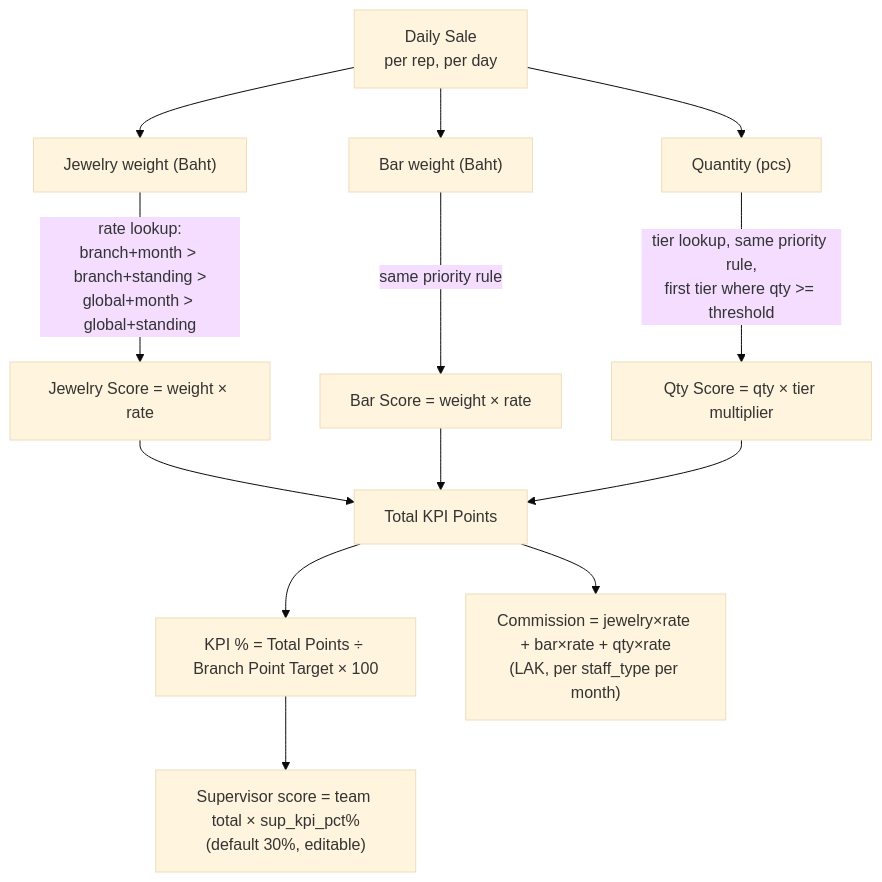
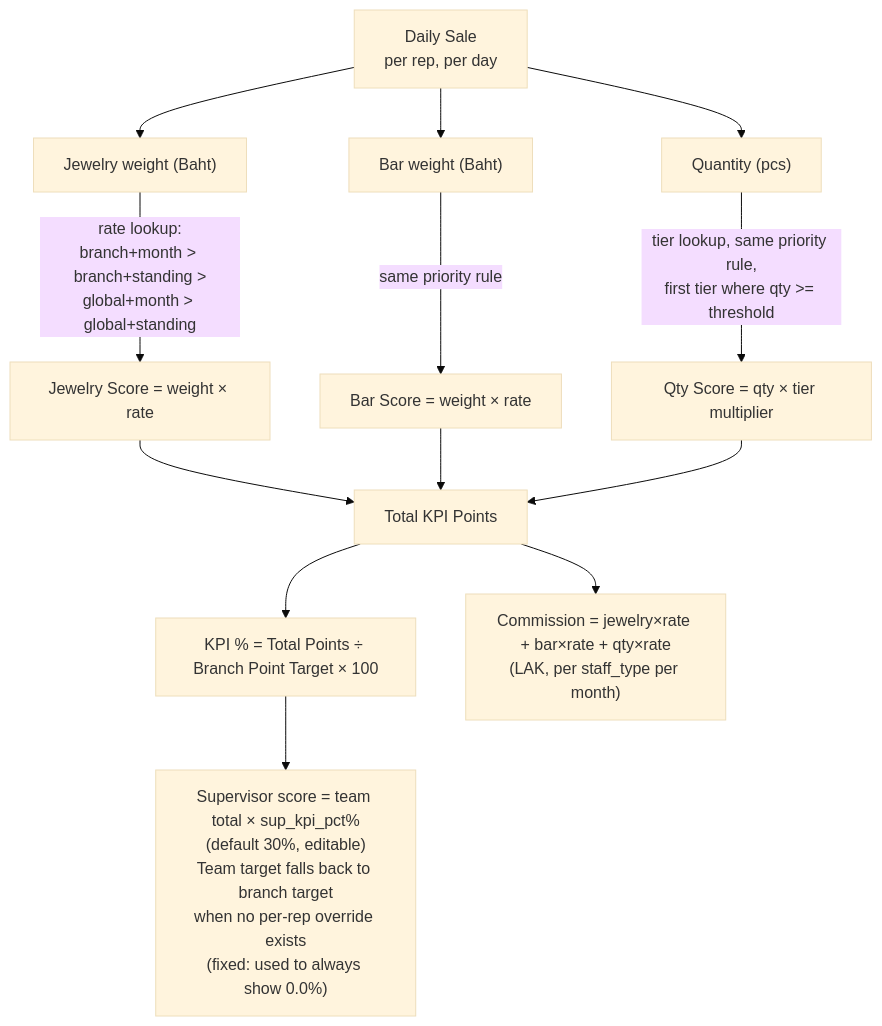
Before and after one commit to Tocknpn/KPV_KPI_tracking: the sixth of 6 diagrams in FLOWCHART.md, drawn with Mermaid (base theme). The commit also changed other lines of this file and 12 other files, not shown here.

````diff
--- a/FLOWCHART.md
+++ b/FLOWCHART.md
@@ -139,17 +151,17 @@
 ```mermaid
 flowchart TD
     SALE["Daily Sale\nper rep, per day"]
     SALE --> J["Jewelry weight (Baht)"]
     SALE --> B["Bar weight (Baht)"]
     SALE --> Q["Quantity (pcs)"]
 
     J -->|"rate lookup:\nbranch+month > branch+standing >\nglobal+month > global+standing"| PJ["Jewelry Score = weight × rate"]
     B -->|"same priority rule"| PB["Bar Score = weight × rate"]
     Q -->|"tier lookup, same priority rule,\nfirst tier where qty >= threshold"| PQ["Qty Score = qty × tier multiplier"]
 
     PJ & PB & PQ --> TOTAL["Total KPI Points"]
     TOTAL --> KPIPCT["KPI % = Total Points ÷ Branch Point Target × 100"]
 
-    KPIPCT --> SUP["Supervisor score = team total × sup_kpi_pct%\n(default 30%, editable)"]
+    KPIPCT --> SUP["Supervisor score = team total × sup_kpi_pct%\n(default 30%, editable)\nTeam target falls back to branch target\nwhen no per-rep override exists\n(fixed: used to always show 0.0%)"]
     TOTAL --> COMM["Commission = jewelry×rate + bar×rate + qty×rate\n(LAK, per staff_type per month)"]
 ```
````
